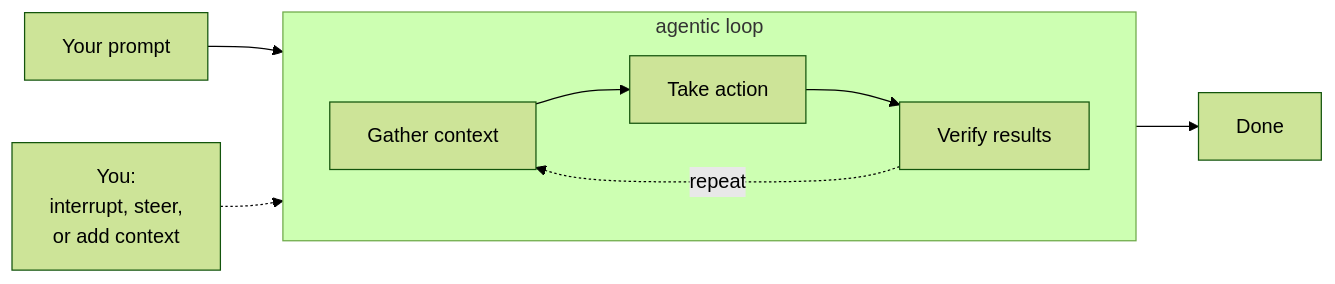
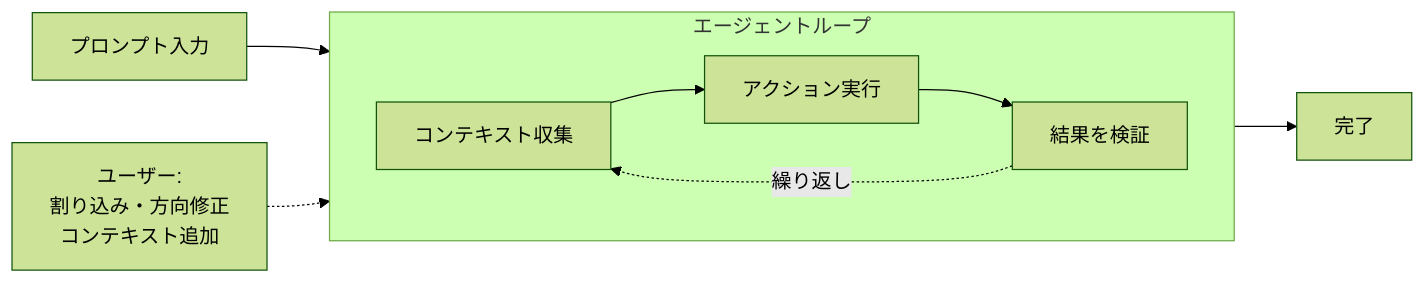
One commit to megmogmog1965/claude-code-doc-verify changed the first of 2 diagrams in README_02.md. Above: the diagram before and after it, drawn with Mermaid (forest theme). The commit also changed other lines of this file, not shown here.

Commit message:
fix: agentic loop 説明.

````diff
--- a/README_02.md
+++ b/README_02.md
@@ -35,15 +35,15 @@
 ```mermaid
 flowchart LR
-    P["Your prompt"] --> G["Gather context"]
+    P["プロンプト入力"] --> G["コンテキスト収集"]
 
-    subgraph LOOP["agentic loop"]
+    subgraph LOOP["エージェントループ"]
         direction LR
-        G --> A["Take action"]
-        A --> V["Verify results"]
-        V -.->|repeat| G
+        G --> A["アクション実行"]
+        A --> V["結果を検証"]
+        V -.->|繰り返し| G
     end
 
-    V --> D["Done"]
+    V --> D["完了"]
 
-    U["You:\ninterrupt, steer,\nor add context"] -.-> LOOP
+    U["ユーザー:\n割り込み・方向修正\nコンテキスト追加"] -.-> LOOP
 ```
````
